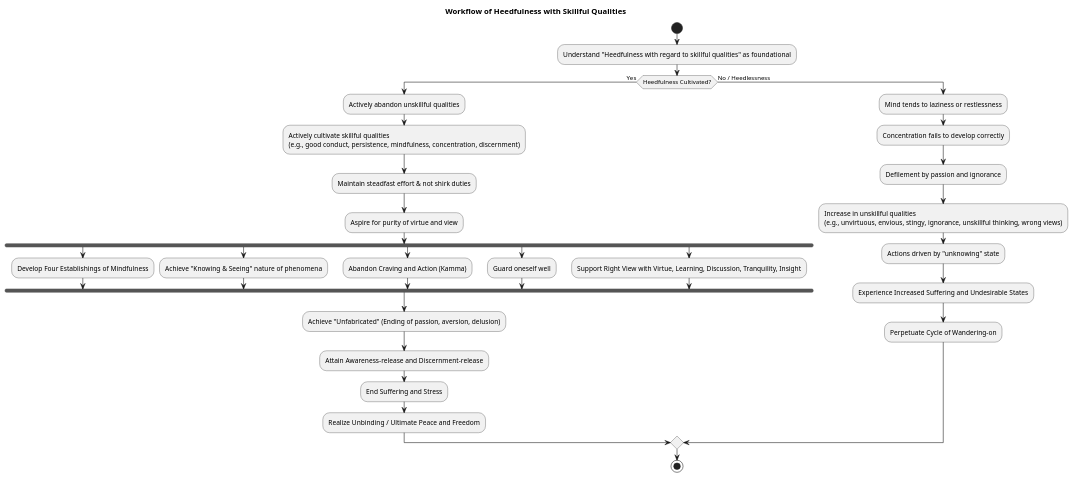
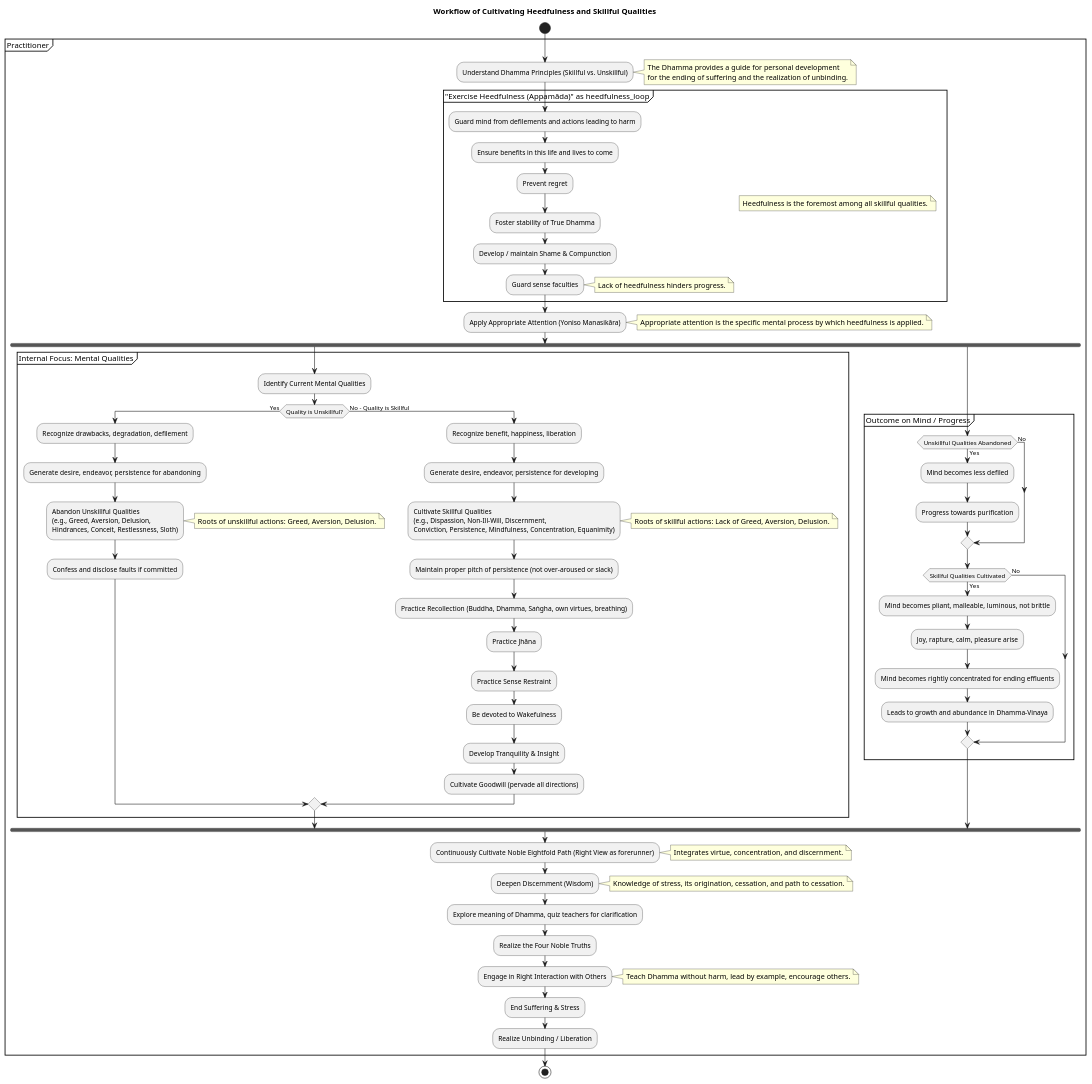
Before and after one commit to suttaplayer/dn34-PROGRESSING-BY-TENS: the diagram in ones/generated_diagrams/helpful_activity.puml, drawn with PlantUML. The commit also changed other lines of this file and 4 other files, not shown here.

```diff
--- a/ones/generated_diagrams/helpful_activity.puml
+++ b/ones/generated_diagrams/helpful_activity.puml
@@ -1,45 +6,82 @@
 @startuml
-title Workflow of Heedfulness with Skillful Qualities
+title Workflow of Cultivating Heedfulness and Skillful Qualities
 
 start
 
-:Understand "Heedfulness with regard to skillful qualities" as foundational;
+partition "Practitioner" {
+  :Understand Dhamma Principles (Skillful vs. Unskillful);
+  note right: The Dhamma provides a guide for personal development\nfor the ending of suffering and the realization of unbinding.
 
-if (Heedfulness Cultivated?) then (Yes)
-  :Actively abandon unskillful qualities;
-  :Actively cultivate skillful qualities
-  (e.g., good conduct, persistence, mindfulness, concentration, discernment);
-  :Maintain steadfast effort & not shirk duties;
-  :Aspire for purity of virtue and view;
+  group "Exercise Heedfulness (Appamāda)" as heedfulness_loop
+    note right: Heedfulness is the foremost among all skillful qualities.
+    :Guard mind from defilements and actions leading to harm;
+    :Ensure benefits in this life and lives to come;
+    :Prevent regret;
+    :Foster stability of True Dhamma;
+    :Develop / maintain Shame & Compunction;
+    :Guard sense faculties;
+    note right: Lack of heedfulness hinders progress.
+  end group
 
+  :Apply Appropriate Attention (Yoniso Manasikāra);
+  note right: Appropriate attention is the specific mental process by which heedfulness is applied.
   fork
-    :Develop Four Establishings of Mindfulness;
+
+  partition "Internal Focus: Mental Qualities" {
+    :Identify Current Mental Qualities;
+    if (Quality is Unskillful?) then (Yes)
+      :Recognize drawbacks, degradation, defilement;
+      :Generate desire, endeavor, persistence for abandoning;
+      :Abandon Unskillful Qualities\n(e.g., Greed, Aversion, Delusion,\nHindrances, Conceit, Restlessness, Sloth);
+      note right: Roots of unskillful actions: Greed, Aversion, Delusion.
+      :Confess and disclose faults if committed;
+    else (No - Quality is Skillful)
+      :Recognize benefit, happiness, liberation;
+      :Generate desire, endeavor, persistence for developing;
+      :Cultivate Skillful Qualities\n(e.g., Dispassion, Non-Ill-Will, Discernment,\nConviction, Persistence, Mindfulness, Concentration, Equanimity);
+      note right: Roots of skillful actions: Lack of Greed, Aversion, Delusion.
+      :Maintain proper pitch of persistence (not over-aroused or slack);
+      :Practice Recollection (Buddha, Dhamma, Saṅgha, own virtues, breathing);
+      :Practice Jhāna;
+      :Practice Sense Restraint;
+      :Be devoted to Wakefulness;
+      :Develop Tranquility & Insight;
+      :Cultivate Goodwill (pervade all directions);
+    endif
+  }
   fork again
-    :Achieve "Knowing & Seeing" nature of phenomena;
-  fork again
-    :Abandon Craving and Action (Kamma);
-  fork again
-    :Guard oneself well;
-  fork again
-    :Support Right View with Virtue, Learning, Discussion, Tranquility, Insight;
+
+  partition "Outcome on Mind / Progress" {
+    if (Unskillful Qualities Abandoned) then (Yes)
+      :Mind becomes less defiled;
+      :Progress towards purification;
+    else (No)
+    endif
+    if (Skillful Qualities Cultivated) then (Yes)
+      :Mind becomes pliant, malleable, luminous, not brittle;
+      :Joy, rapture, calm, pleasure arise;
+      :Mind becomes rightly concentrated for ending effluents;
+      :Leads to growth and abundance in Dhamma-Vinaya;
+    else (No)
+    endif
+  }
   end fork
 
-  :Achieve "Unfabricated" (Ending of passion, aversion, delusion);
-  :Attain Awareness-release and Discernment-release;
+  :Continuously Cultivate Noble Eightfold Path (Right View as forerunner);
+  note right: Integrates virtue, concentration, and discernment.
 
-  :End Suffering and Stress;
-  :Realize Unbinding / Ultimate Peace and Freedom;
-else (No / Heedlessness)
-  :Mind tends to laziness or restlessness;
-  :Concentration fails to develop correctly;
-  :Defilement by passion and ignorance;
-  :Increase in unskillful qualities
-  (e.g., unvirtuous, envious, stingy, ignorance, unskillful thinking, wrong views);
-  :Actions driven by "unknowing" state;
+  :Deepen Discernment (Wisdom);
+  note right: Knowledge of stress, its origination, cessation, and path to cessation.
+  :Explore meaning of Dhamma, quiz teachers for clarification;
+  :Realize the Four Noble Truths;
 
-  :Experience Increased Suffering and Undesirable States;
-  :Perpetuate Cycle of Wandering-on;
-endif
+  :Engage in Right Interaction with Others;
+  note right: Teach Dhamma without harm, lead by example, encourage others.
+
+  :End Suffering & Stress;
+  :Realize Unbinding / Liberation;
+}
+
 stop
 
 @enduml
```
